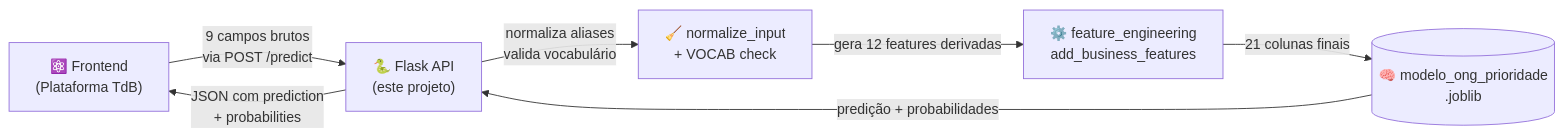
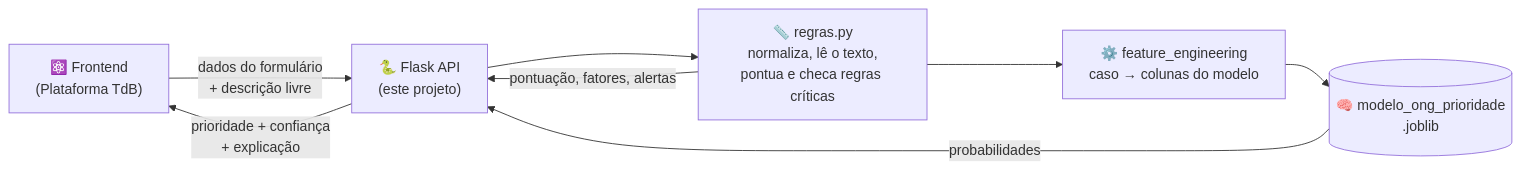
One commit to Start-Upados/ML_TdB changed the diagram in README.md. Above: the diagram before and after it, drawn with Mermaid. The commit also changed other lines of this file and 10 other files, not shown here.

Commit message:
fix: ML v2: regras e modelo de prioridade

````diff
--- a/README.md
+++ b/README.md
@@ -94,9 +94,10 @@
 ```mermaid
 flowchart LR
-    FE["⚛️ Frontend<br/>(Plataforma TdB)"] -->|9 campos brutos<br/>via POST /predict| API["🐍 Flask API<br/>(este projeto)"]
-    API -->|normaliza aliases<br/>valida vocabulário| Norm["🧹 normalize_input<br/>+ VOCAB check"]
-    Norm -->|gera 12 features derivadas| FE_ENG["⚙️ feature_engineering<br/>add_business_features"]
-    FE_ENG -->|21 colunas finais| Model[("🧠 modelo_ong_prioridade<br/>.joblib")]
-    Model -->|predição + probabilidades| API
-    API -->|JSON com prediction<br/>+ probabilities| FE
+    FE["⚛️ Frontend<br/>(Plataforma TdB)"] -->|dados do formulário<br/>+ descrição livre| API["🐍 Flask API<br/>(este projeto)"]
+    API --> R["📏 regras.py<br/>normaliza, lê o texto,<br/>pontua e checa regras críticas"]
+    R --> F["⚙️ feature_engineering<br/>caso → colunas do modelo"]
+    F --> Model[("🧠 modelo_ong_prioridade<br/>.joblib")]
+    Model -->|probabilidades| API
+    R -->|pontuação, fatores, alertas| API
+    API -->|prioridade + confiança<br/>+ explicação| FE
 ```
````
